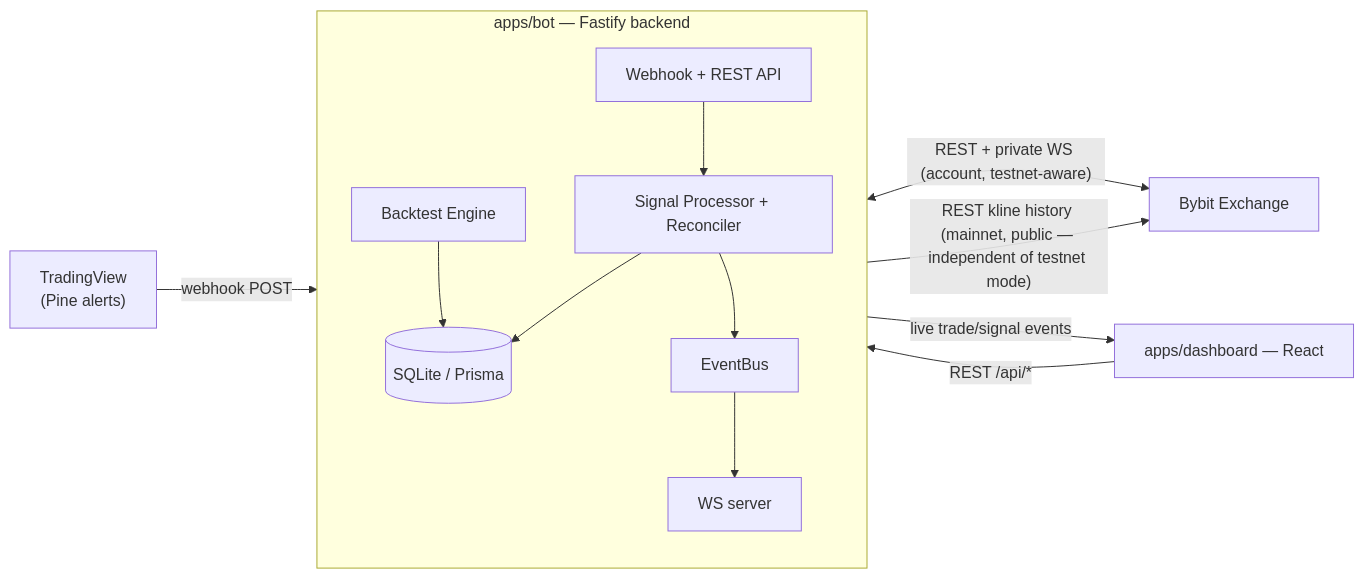
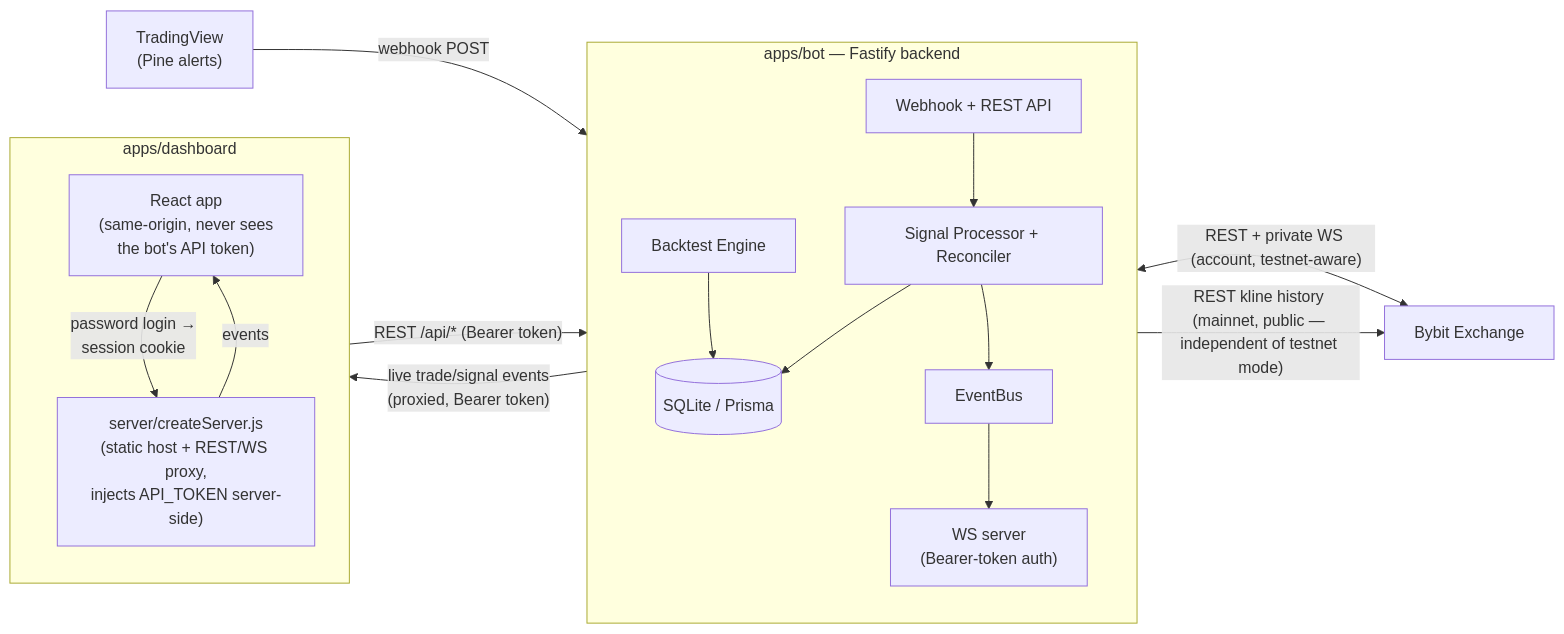
One commit to nicojav/crypto-bot changed the diagram in README.md. Above: the diagram before and after it, drawn with Mermaid. The commit also changed other lines of this file and 17 other files, not shown here.

````diff
--- a/README.md
+++ b/README.md
@@ -22,18 +22,24 @@
 ```mermaid
 graph LR
     TV["TradingView<br/>(Pine alerts)"] -->|webhook POST| BOT
 
     subgraph BOT["apps/bot — Fastify backend"]
         direction TB
         WH[Webhook + REST API] --> CORE[Signal Processor + Reconciler]
         CORE --> TDB[(SQLite / Prisma)]
-        CORE --> BUS[EventBus] --> WSS[WS server]
+        CORE --> BUS[EventBus] --> WSS["WS server<br/>(Bearer-token auth)"]
         BT[Backtest Engine] --> TDB
     end
 
     CORE <-->|"REST + private WS (account, testnet-aware)"| BYBIT[Bybit Exchange]
     BT -->|"REST kline history (mainnet, public — independent of testnet mode)"| BYBIT
 
-    DASH["apps/dashboard — React"] -->|REST /api/*| WH
-    WSS -->|live trade/signal events| DASH
+    subgraph DASH["apps/dashboard"]
+        direction TB
+        BROWSER["React app<br/>(same-origin, never sees<br/>the bot's API token)"] -->|"password login →<br/>session cookie"| DASHSRV["server/createServer.js<br/>(static host + REST/WS proxy,<br/>injects API_TOKEN server-side)"]
+    end
+
+    DASHSRV -->|"REST /api/* (Bearer token)"| WH
+    WSS -->|"live trade/signal events<br/>(proxied, Bearer token)"| DASHSRV
+    DASHSRV -->|events| BROWSER
 ```
````
